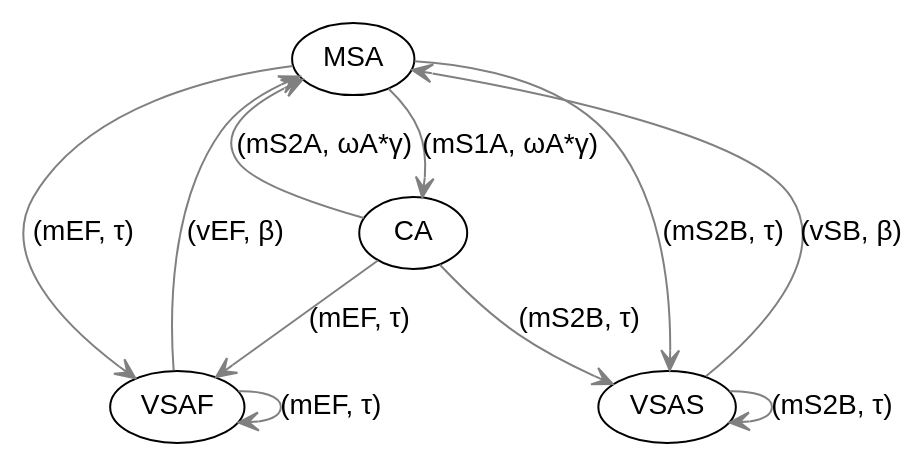
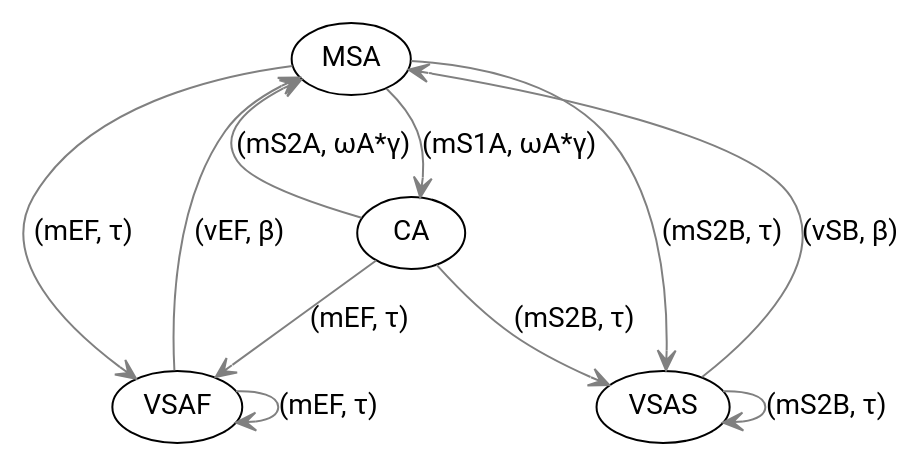
The diagram in graphs/poolA.dot (JonM0/pepa-selfish-mining), drawn with Graphviz before and after one commit. The commit also changed 4 other files, not shown here.

```diff
--- a/graphs/poolA.dot
+++ b/graphs/poolA.dot
@@ -1,19 +1,19 @@
 digraph {
-    node [shape = ellipse; fontname = Arial;];
-    edge [fontname = Arial; arrowhead = vee; color=gray;];
+    node [shape = ellipse; fontname = Roboto;];
+    edge [fontname = Roboto; arrowhead = vee; color=gray;];
 
     MSA -> VSAF [label = "(mEF, &tau;)";];
     MSA -> VSAS [label = "(mS2B, &tau;)";];
     MSA -> CA [label = "(mS1A, &omega;A*&gamma;)";];
 
     VSAF -> MSA [label = "(vEF, &beta;)";];
     VSAF -> VSAF [label = "(mEF, &tau;)";];
 
     VSAS -> MSA [label = "(vSB, &beta;)";];
     VSAS -> VSAS [label = "(mS2B, &tau;)";];
 
     CA -> MSA [label = "(mS2A, &omega;A*&gamma;)";];
     CA -> VSAF [label = "(mEF, &tau;)";];
     CA -> VSAS [label = "(mS2B, &tau;)";];
     
 }
```
